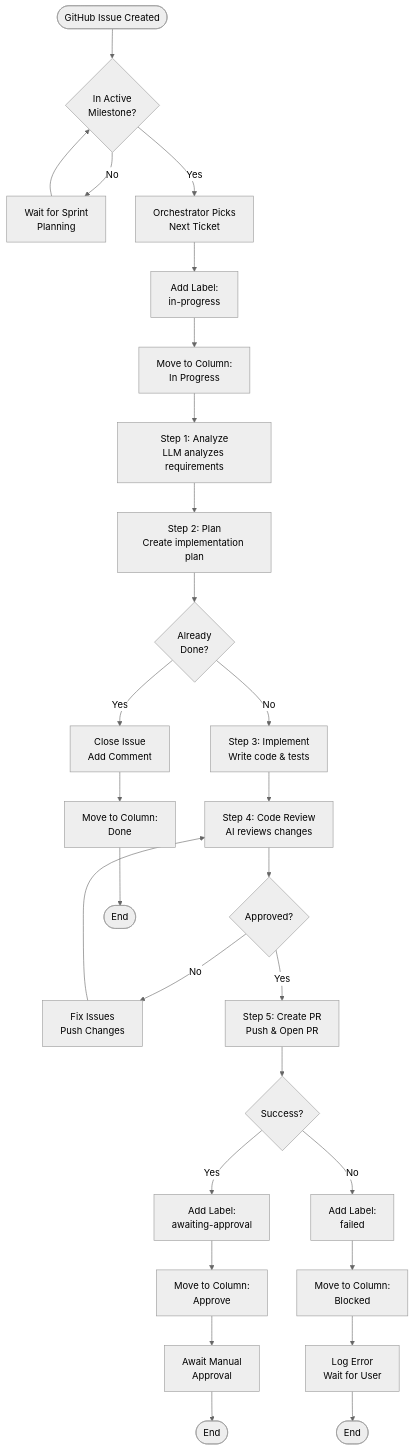
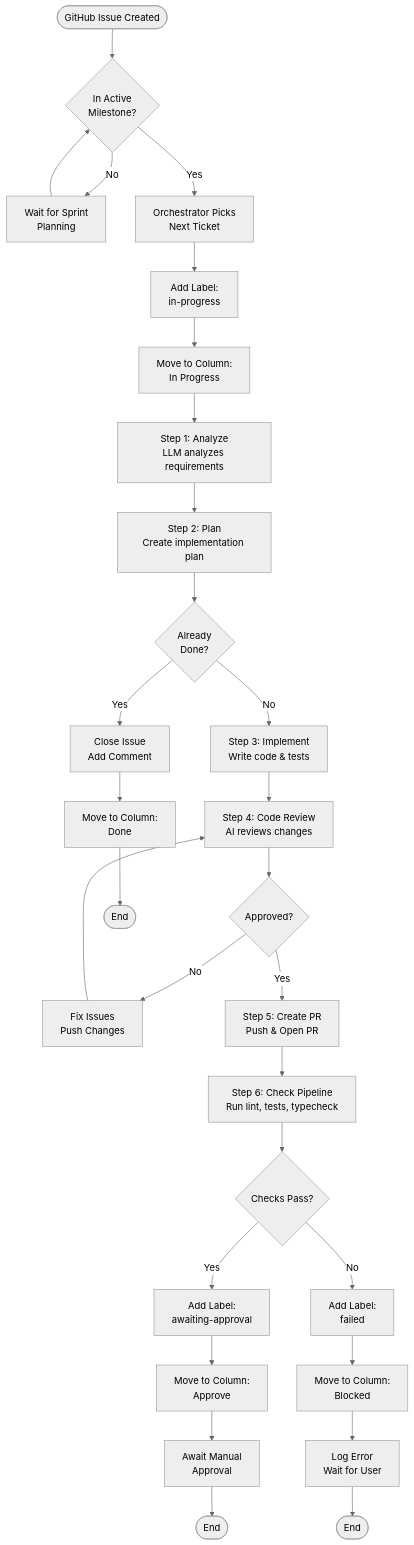
One commit to crazy-goat/one-dev-army changed the first of 2 diagrams in docs/workflow.md. Above: the diagram before and after it, drawn with Mermaid (neutral theme). The commit also changed other lines of this file and 10 other files, not shown here.

First line of the commit message:
feat: add Check Pipeline stage between Create PR and Approve for #356

````diff
--- a/docs/workflow.md
+++ b/docs/workflow.md
@@ -11,37 +11,38 @@
 ```mermaid
 flowchart TD
     Start([GitHub Issue Created]) --> Milestone{In Active<br/>Milestone?}
     Milestone -->|No| Wait[Wait for Sprint<br/>Planning]
     Milestone -->|Yes| Pick[Orchestrator Picks<br/>Next Ticket]
     Wait --> Milestone
     
     Pick --> Label1[Add Label:<br/>in-progress]
     Label1 --> Column1[Move to Column:<br/>In Progress]
     Column1 --> Analyze[Step 1: Analyze<br/>LLM analyzes requirements]
     
     Analyze --> Plan[Step 2: Plan<br/>Create implementation plan]
     Plan --> AlreadyDone{Already<br/>Done?}
     AlreadyDone -->|Yes| Close[Close Issue<br/>Add Comment]
     AlreadyDone -->|No| Implement[Step 3: Implement<br/>Write code & tests]
     
     Implement --> Review[Step 4: Code Review<br/>AI reviews changes]
     Review --> Approved{Approved?}
     Approved -->|No| Fix[Fix Issues<br/>Push Changes]
     Fix --> Review
     Approved -->|Yes| CreatePR[Step 5: Create PR<br/>Push & Open PR]
     
-    CreatePR --> Success{Success?}
-    Success -->|Yes| Label2[Add Label:<br/>awaiting-approval]
+    CreatePR --> CheckPipeline[Step 6: Check Pipeline<br/>Run lint, tests, typecheck]
+    CheckPipeline --> ChecksPass{Checks Pass?}
+    ChecksPass -->|Yes| Label2[Add Label:<br/>awaiting-approval]
     Label2 --> Column2[Move to Column:<br/>Approve]
     Column2 --> Manual[Await Manual<br/>Approval]
     
-    Success -->|No| Label3[Add Label:<br/>failed]
+    ChecksPass -->|No| Label3[Add Label:<br/>failed]
     Label3 --> Column3[Move to Column:<br/>Blocked]
     Column3 --> Error[Log Error<br/>Wait for User]
     
     Close --> Column4[Move to Column:<br/>Done]
     Column4 --> End1([End])
     
     Manual --> End2([End])
     Error --> End3([End])
 ```
````
